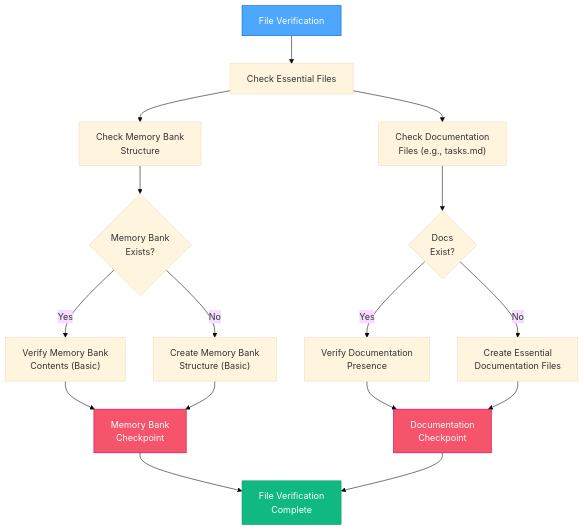
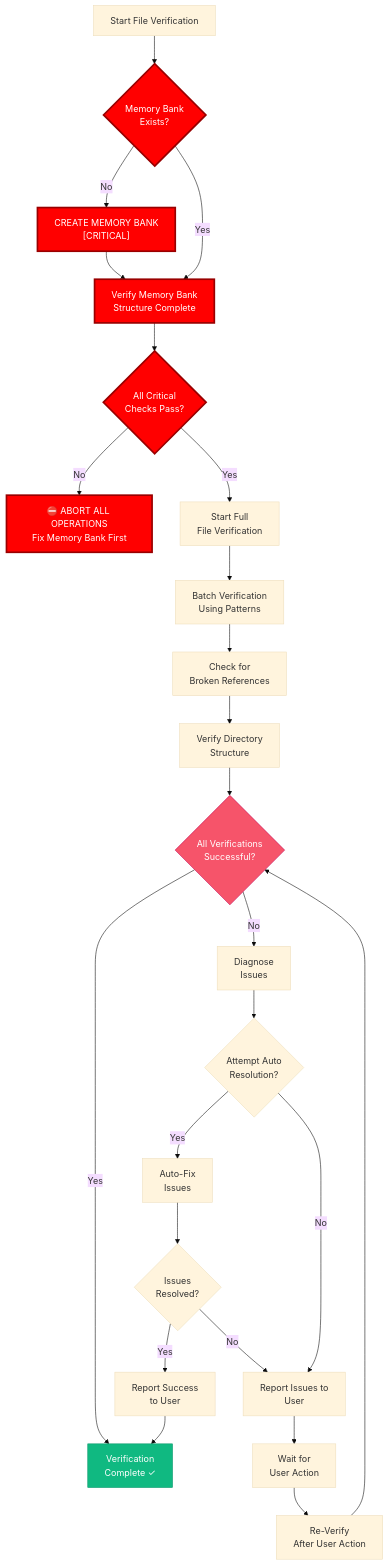
One commit to tyrchen/rust-lib-template changed the first of 2 diagrams in .cursor/rules/isolation_rules/visual-maps/van_mode_split/van-file-verification.mdc. Above: the diagram before and after it, drawn with Mermaid (base theme). The commit also changed other lines of this file and 72 other files, not shown here.

Commit message:
feature: update memory bank

````diff
--- a/.cursor/rules/isolation_rules/visual-maps/van_mode_split/van-file-verification.mdc
+++ b/.cursor/rules/isolation_rules/visual-maps/van_mode_split/van-file-verification.mdc
@@ -12,25 +16,42 @@
 ```mermaid
 graph TD
-    FV["File Verification"] --> CheckFiles["Check Essential Files"]
-    CheckFiles --> CheckMB["Check Memory Bank<br>Structure"]
-    CheckMB --> MBExists{"Memory Bank<br>Exists?"}
+    %% Critical Memory Bank verification - MUST be first
+    Start["Start File Verification"] --> MemBankCheck{"Memory Bank<br>Exists?"}
+    MemBankCheck -->|"No"| CreateMemBank["CREATE MEMORY BANK<br>[CRITICAL]"]
+    MemBankCheck -->|"Yes"| VerifyMemBankComplete["Verify Memory Bank<br>Structure Complete"]
+    CreateMemBank --> VerifyMemBankComplete
 
-    MBExists -->|"Yes"| VerifyMB["Verify Memory Bank<br>Contents (Basic)"]
-    MBExists -->|"No"| CreateMB["Create Memory Bank<br>Structure (Basic)"]
+    VerifyMemBankComplete --> PassCheck{"All Critical<br>Checks Pass?"}
+    PassCheck -->|"No"| AbortAll["⛔ ABORT ALL OPERATIONS<br>Fix Memory Bank First"]
+    PassCheck -->|"Yes"| MainVerification
 
-    CheckFiles --> CheckDocs["Check Documentation<br>Files (e.g., tasks.md)"]
-    CheckDocs --> DocsExist{"Docs<br>Exist?"}
+    %% Regular verification flow continues here
+    MainVerification["Start Full<br>File Verification"] --> BatchVerify["Batch Verification<br>Using Patterns"]
+    BatchVerify --> BrokenLinks["Check for<br>Broken References"]
+    BrokenLinks --> DirectoryStructure["Verify Directory<br>Structure"]
+    DirectoryStructure --> Status{"All Verifications<br>Successful?"}
 
-    DocsExist -->|"Yes"| VerifyDocs["Verify Documentation<br>Presence"]
-    DocsExist -->|"No"| CreateDocs["Create Essential<br>Documentation Files"]
+    Status -->|"Yes"| Complete["Verification<br>Complete ✓"]
+    Status -->|"No"| Diagnose["Diagnose<br>Issues"]
+    Diagnose --> Attempt{"Attempt Auto<br>Resolution?"}
 
-    VerifyMB & CreateMB --> MBCP["Memory Bank<br>Checkpoint"]
-    VerifyDocs & CreateDocs --> DocsCP["Documentation<br>Checkpoint"]
+    Attempt -->|"Yes"| AutoFix["Auto-Fix<br>Issues"]
+    Attempt -->|"No"| ReportIssue["Report Issues to<br>User"]
 
-    MBCP & DocsCP --> FileComplete["File Verification<br>Complete"]
+    AutoFix --> Recheck{"Issues<br>Resolved?"}
+    Recheck -->|"Yes"| ReportSuccess["Report Success<br>to User"]
+    Recheck -->|"No"| ReportIssue
 
-    style FV fill:#4da6ff,stroke:#0066cc,color:white
-    style FileComplete fill:#10b981,stroke:#059669,color:white
-    style MBCP fill:#f6546a,stroke:#c30052,color:white
-    style DocsCP fill:#f6546a,stroke:#c30052,color:white
+    ReportSuccess --> Complete
+    ReportIssue --> UserAction["Wait for<br>User Action"]
+    UserAction --> ReVerify["Re-Verify<br>After User Action"]
+    ReVerify --> Status
+
+    style MemBankCheck fill:#ff0000,stroke:#990000,color:white,stroke-width:3px
+    style CreateMemBank fill:#ff0000,stroke:#990000,color:white,stroke-width:3px
+    style VerifyMemBankComplete fill:#ff0000,stroke:#990000,color:white,stroke-width:3px
+    style PassCheck fill:#ff0000,stroke:#990000,color:white,stroke-width:3px
+    style AbortAll fill:#ff0000,stroke:#990000,color:white,stroke-width:3px
+    style Status fill:#f6546a,stroke:#c30052,color:white
+    style Complete fill:#10b981,stroke:#059669,color:white
 ```
````
